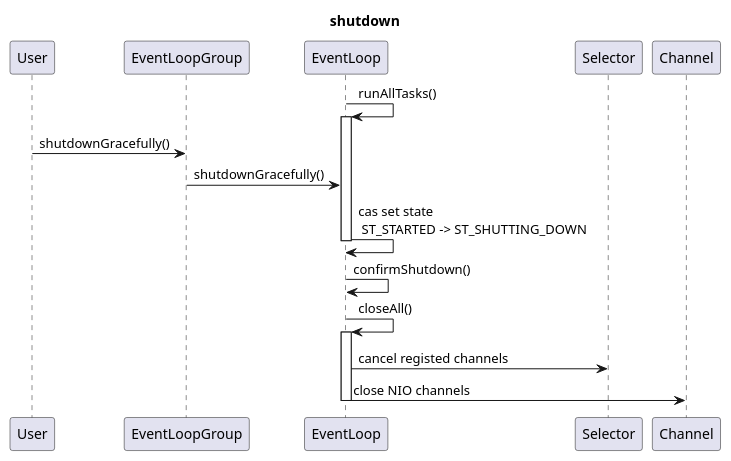
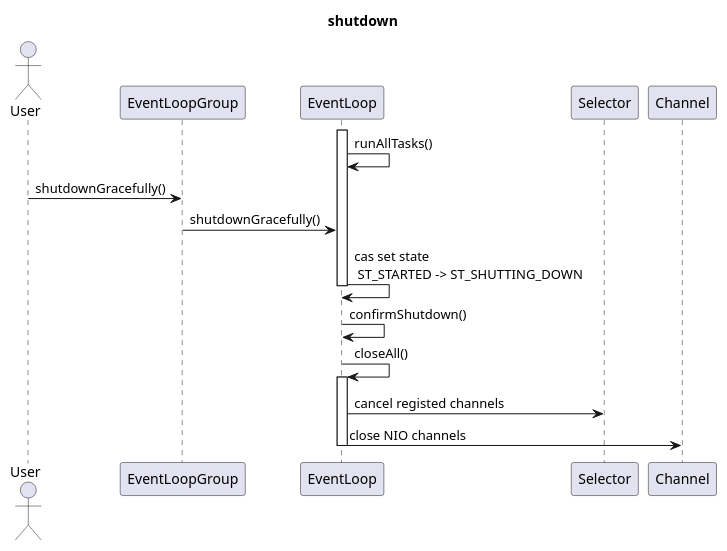
One commit to Robinpig/Note changed the sixth of 6 diagrams in docs/CS/Java/Netty/Netty.md. Above: the diagram before and after it, drawn with PlantUML. The commit also changed other lines of this file and 6 other files, not shown here.

Commit message:
update bind sequence

````diff
--- a/docs/CS/Java/Netty/Netty.md
+++ b/docs/CS/Java/Netty/Netty.md
@@ -144,20 +154,20 @@
 ```plantuml
 title: shutdown
-participant User
+actor User
 participant EventLoopGroup as eg
 participant EventLoop as el
+activate el
 el -> el: runAllTasks()
-activate el
 User -> eg: shutdownGracefully()
 eg -> el: shutdownGracefully()
 el -> el: cas set state \n ST_STARTED -> ST_SHUTTING_DOWN
 deactivate el
 el -> el: confirmShutdown()
 el -> el: closeAll()
 activate el
 participant Selector as se
 el -> se: cancel registed channels
 participant Channel as ch
 el -> ch: close NIO channels
 deactivate el
 ```
````
